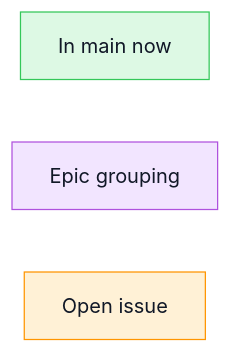
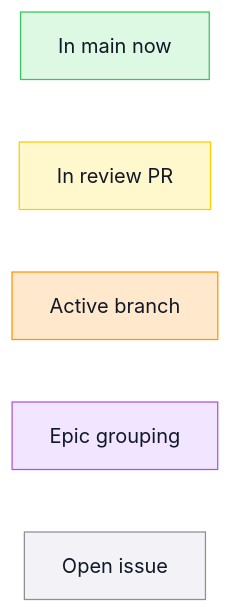
The first of 9 diagrams in README.md (TileDown/tile-down), drawn with Mermaid before and after one commit. The commit also changed other lines of this file and 12 other files, not shown here.

````diff
--- a/README.md
+++ b/README.md
@@ -53,10 +53,14 @@
 ```mermaid
 flowchart LR
   Done["In main now"]:::done
+  Review["In review PR"]:::review
+  Active["Active branch"]:::active
   Epic["Epic grouping"]:::epic
   Todo["Open issue"]:::todo
 
   classDef done fill:#ddf9e4,stroke:#34c759,color:#111827
+  classDef review fill:#fff8cc,stroke:#ffcc00,color:#111827
+  classDef active fill:#ffe8cc,stroke:#ff9500,color:#111827
   classDef epic fill:#f2e5ff,stroke:#af52de,color:#111827
-  classDef todo fill:#fff1d6,stroke:#ff9500,color:#111827
+  classDef todo fill:#f2f2f7,stroke:#8e8e93,color:#111827
 ```
````
